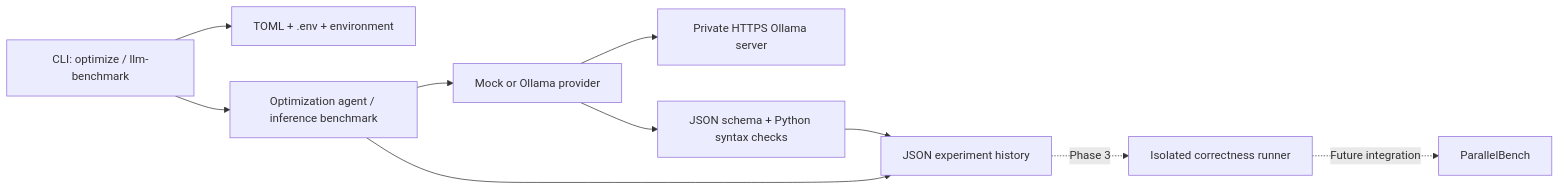
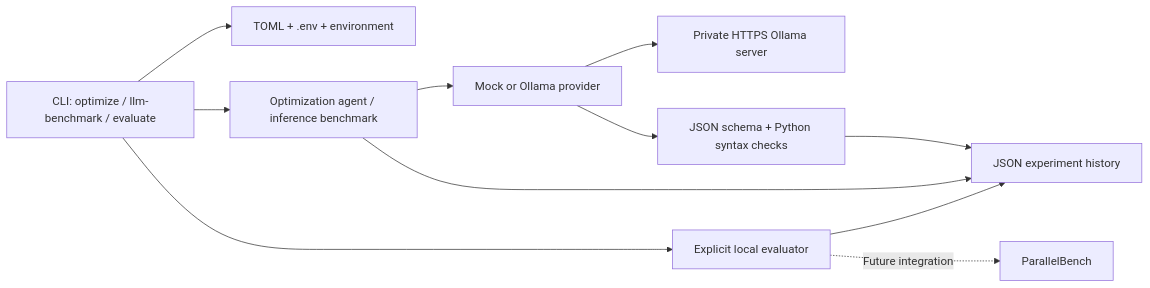
Before and after one commit to Pinkumi/HPC-AutoOptimizer: the diagram in README.md, drawn with Mermaid. The commit also changed other lines of this file and 15 other files, not shown here.

````diff
--- a/README.md
+++ b/README.md
@@ -9,12 +9,13 @@
 ```mermaid
 flowchart LR
-    C[CLI: optimize / llm-benchmark] --> S[TOML + .env + environment]
+    C[CLI: optimize / llm-benchmark / evaluate] --> S[TOML + .env + environment]
     C --> A[Optimization agent / inference benchmark]
     A --> P[Mock or Ollama provider]
     P --> O[Private HTTPS Ollama server]
     P --> V[JSON schema + Python syntax checks]
     A --> H[JSON experiment history]
     V --> H
-    H -. Phase 3 .-> E[Isolated correctness runner]
+    C --> E[Explicit local evaluator]
+    E --> H
     E -. Future integration .-> B[ParallelBench]
 ```
````
